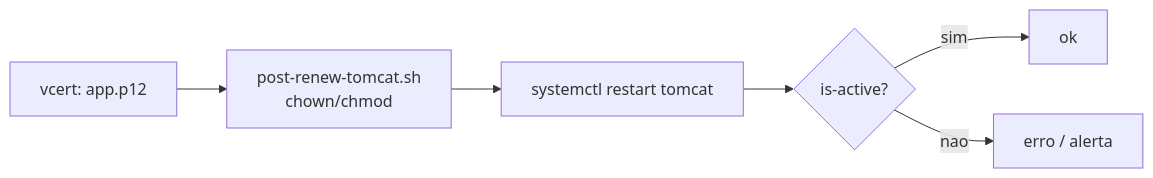
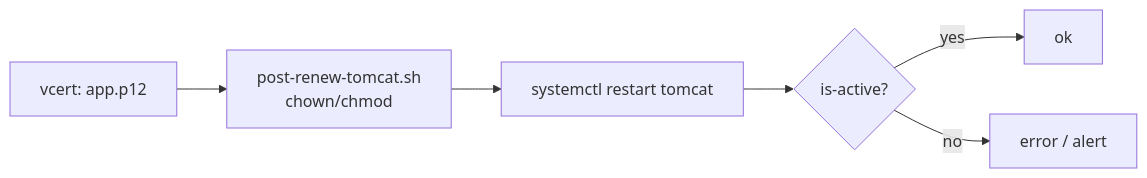
Before and after one commit to aslancarlos/vcert-examples: the fifth of 10 diagrams in docs/architecture.md, drawn with Mermaid. The commit also changed other lines of this file and 35 other files, not shown here.

````diff
--- a/docs/architecture.md
+++ b/docs/architecture.md
@@ -67,8 +67,8 @@
 ```mermaid
 flowchart LR
     V[vcert: app.p12] --> P[post-renew-tomcat.sh<br/>chown/chmod]
     P --> R[systemctl restart tomcat]
     R --> C{is-active?}
-    C -- sim --> OK[ok]
-    C -- nao --> X[erro / alerta]
+    C -- yes --> OK[ok]
+    C -- no --> X[error / alert]
 ```
````
